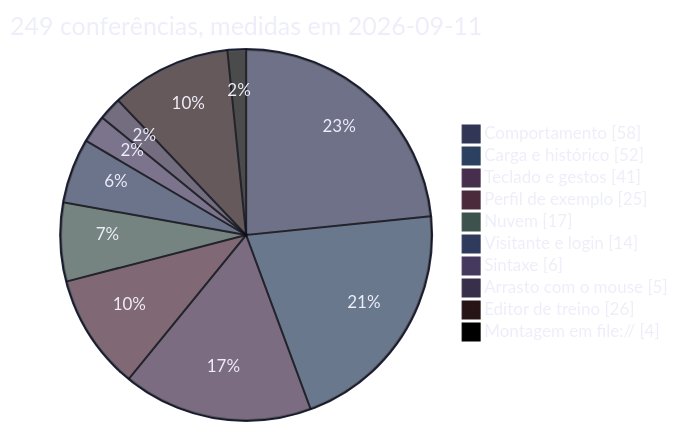
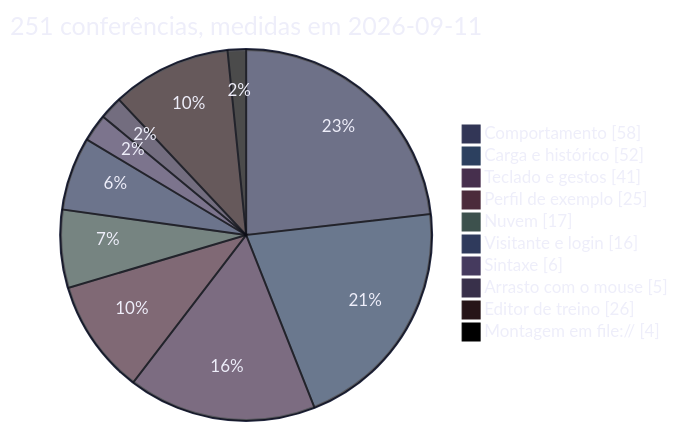
Before and after one commit to v-amorim/academia: the third of 3 diagrams in README.md, drawn with Mermaid. The commit also changed 4 other files, not shown here.

````diff
--- a/README.md
+++ b/README.md
@@ -154,52 +154,52 @@
 ```mermaid
 ---
 config:
   theme: base
   themeVariables:
     darkMode: true
     background: "#0D0E17"
     mainBkg: "#141726"
     primaryColor: "#141726"
     primaryTextColor: "#EEEEFA"
     primaryBorderColor: "#7386d0"
     secondaryColor: "#252A42"
     secondaryTextColor: "#EEEEFA"
     tertiaryColor: "#7386D0"
     tertiaryTextColor: "#EEEEFA"
     lineColor: "#7386d0"
     textColor: "#EEEEFA"
     titleColor: "#EEEEFA"
     labelColor: "#EEEEFA"
     nodeBorder: "#7386d0"
     nodeTextColor: "#EEEEFA"
     edgeLabelBackground: "#141726"
     defaultLinkColor: "#7386d0"
     fontFamily: "Mulish, system-ui, sans-serif"
     fontSize: "14px"
     pie1: "#323656"
     pie2: "#2c405f"
     pie3: "#462f4d"
     pie4: "#4b2b3b"
     pie5: "#3d514d"
     pie6: "#2f3a5c"
     pie7: "#453a5e"
     pie8: "#38304a"
     pieTitleTextColor: "#EEEEFA"
     pieSectionTextColor: "#EEEEFA"
     pieLegendTextColor: "#EEEEFA"
     pieStrokeColor: "#0D0E17"
     pieOuterStrokeColor: "#252A42"
 ---
 pie showData
-  title 249 conferências, medidas em 2026-09-11
+  title 251 conferências, medidas em 2026-09-11
   "Comportamento" : 58
   "Carga e histórico" : 52
   "Teclado e gestos" : 41
   "Perfil de exemplo" : 25
   "Nuvem" : 17
-  "Visitante e login" : 14
+  "Visitante e login" : 16
   "Sintaxe" : 6
   "Arrasto com o mouse" : 5
   "Editor de treino" : 26
   "Montagem em file://" : 4
 ```
````
